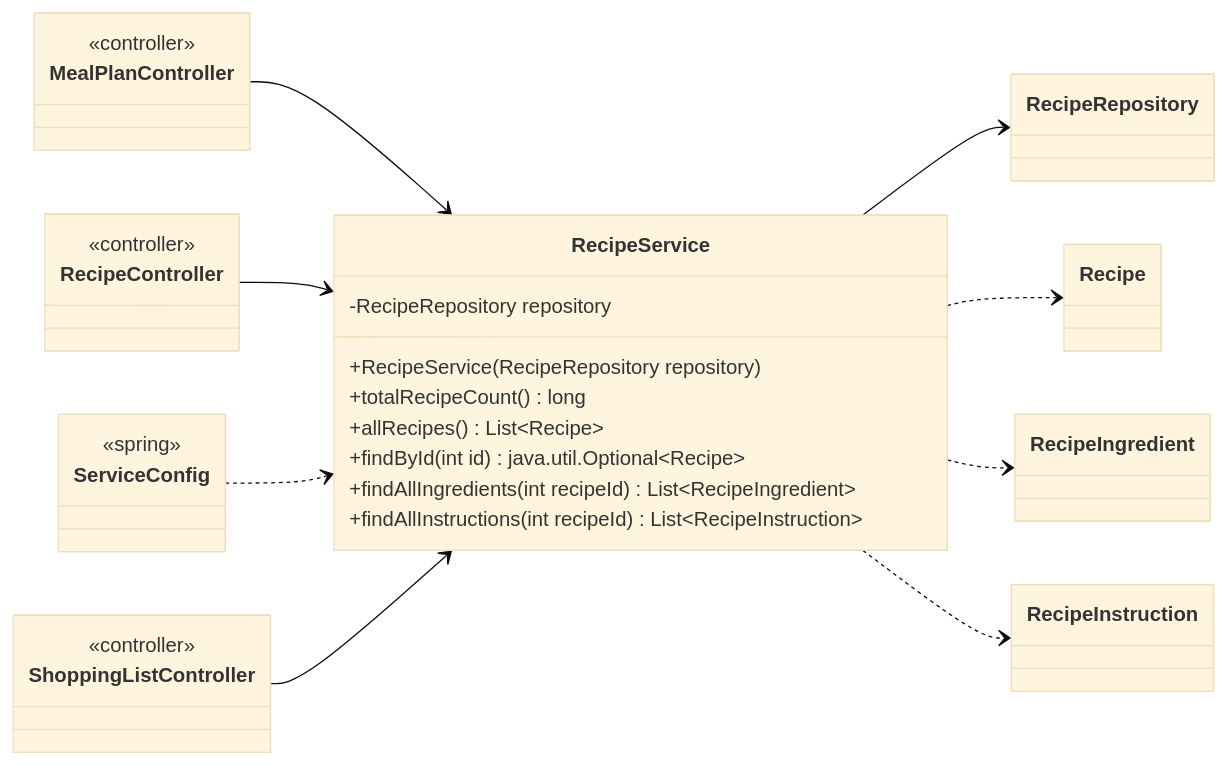
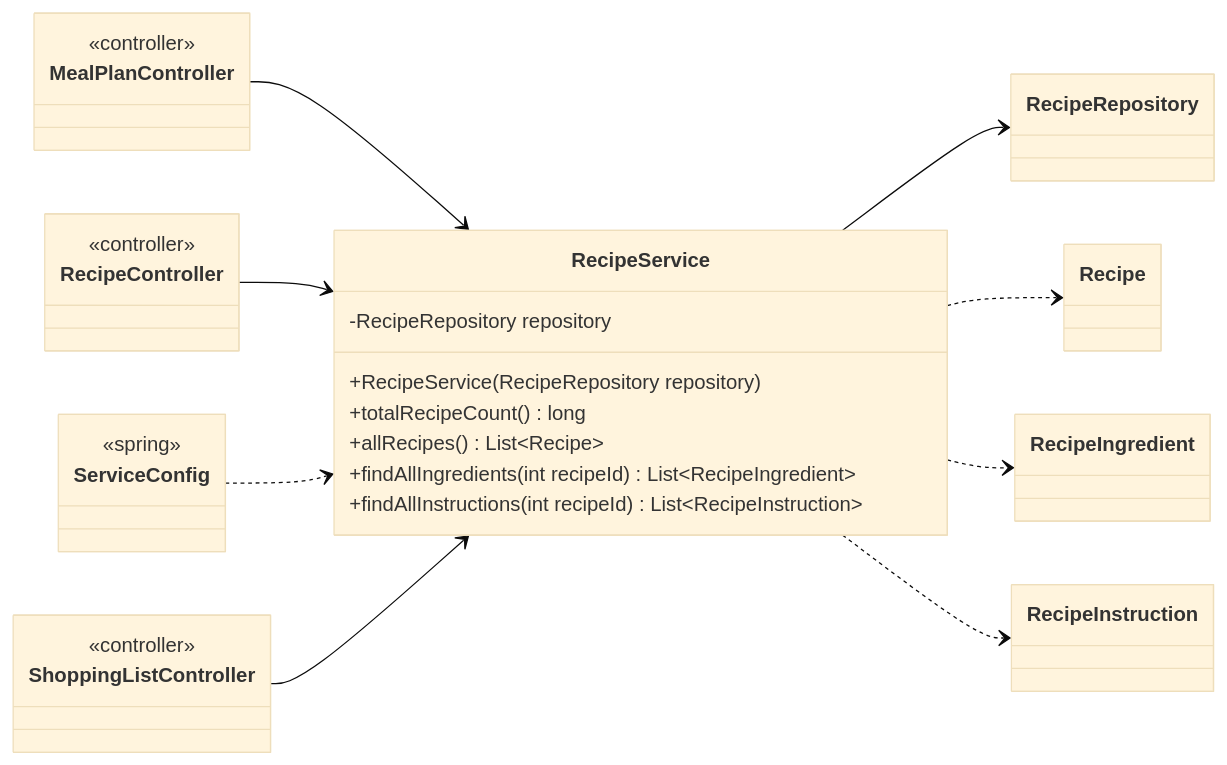
One commit to Nate-ryan-7690/dahaem changed the tenth of 14 diagrams in docs/classes/mealplanner.md. Above: the diagram before and after it, drawn with Mermaid (base theme). The commit also changed other lines of this file and 7 other files, not shown here.

````diff
--- a/docs/classes/mealplanner.md
+++ b/docs/classes/mealplanner.md
@@ -832,37 +552,36 @@
 ```mermaid
 classDiagram
     direction LR
     class mealplanner_RecipeService["RecipeService"] {
         -RecipeRepository repository
         +RecipeService(RecipeRepository repository)
         +totalRecipeCount() long
         +allRecipes() List~Recipe~
-        +findById(int id) java.util.Optional~Recipe~
         +findAllIngredients(int recipeId) List~RecipeIngredient~
         +findAllInstructions(int recipeId) List~RecipeInstruction~
     }
     class mealplanner_RecipeRepository["RecipeRepository"]
     class api_MealPlanController["MealPlanController"] {
         <<controller>>
     }
     class api_RecipeController["RecipeController"] {
         <<controller>>
     }
     class api_ShoppingListController["ShoppingListController"] {
         <<controller>>
     }
     class mealplanner_Recipe["Recipe"]
     class mealplanner_RecipeIngredient["RecipeIngredient"]
     class mealplanner_RecipeInstruction["RecipeInstruction"]
     class api_ServiceConfig["ServiceConfig"] {
         <<spring>>
     }
     mealplanner_RecipeService --> mealplanner_RecipeRepository
     mealplanner_RecipeService ..> mealplanner_Recipe
     mealplanner_RecipeService ..> mealplanner_RecipeIngredient
     mealplanner_RecipeService ..> mealplanner_RecipeInstruction
     api_MealPlanController --> mealplanner_RecipeService
     api_RecipeController --> mealplanner_RecipeService
     api_ServiceConfig ..> mealplanner_RecipeService
     api_ShoppingListController --> mealplanner_RecipeService
 ```
````
